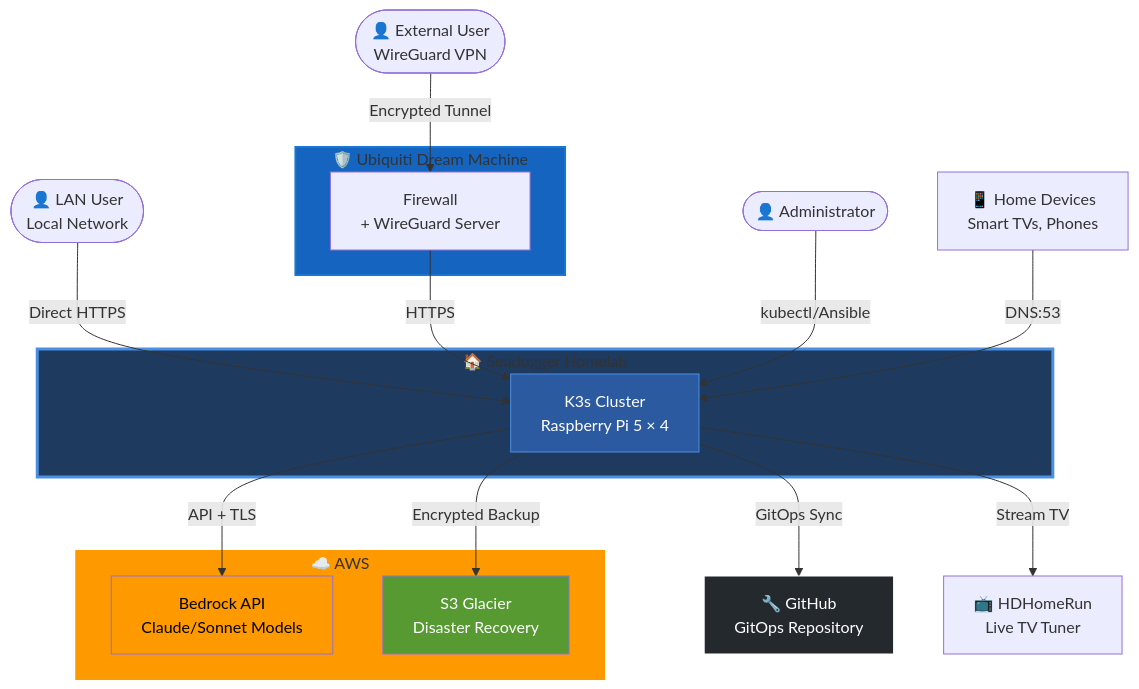
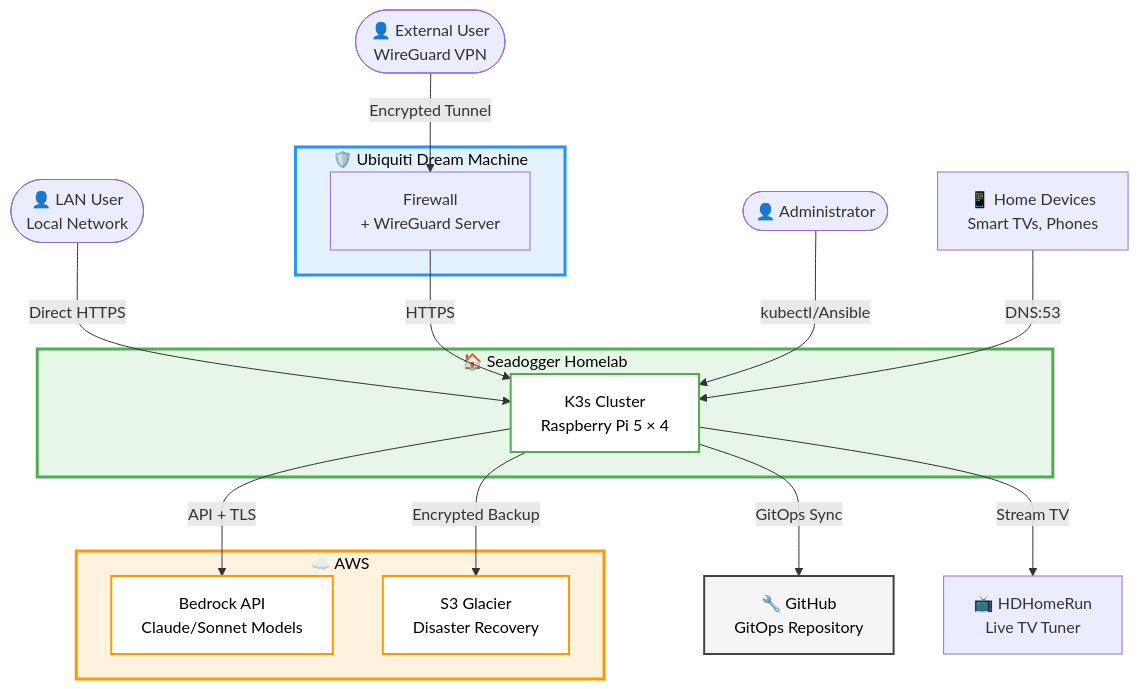
Before and after one commit to seadogger-tech/seadogger-homelab: the first of 6 diagrams in docs/wiki/02-Architecture.md, drawn with Mermaid. The commit also changed other lines of this file and 1 other file, not shown here.

First line of the commit message:
Update all Mermaid diagram colors for light/dark mode compatibility

````diff
--- a/docs/wiki/02-Architecture.md
+++ b/docs/wiki/02-Architecture.md
@@ -18,42 +18,42 @@
 ```mermaid
 graph TB
     LAN_User([👤 LAN User<br/>Local Network])
     VPN_User([👤 External User<br/>WireGuard VPN])
     Admin([👤 Administrator])
 
     subgraph UDM["🛡️ Ubiquiti Dream Machine"]
         Firewall[Firewall<br/>+ WireGuard Server]
     end
 
     subgraph Homelab["🏠 Seadogger Homelab"]
         K3s[K3s Cluster<br/>Raspberry Pi 5 × 4]
     end
 
     subgraph AWS_Cloud["☁️ AWS"]
         Bedrock[Bedrock API<br/>Claude/Sonnet Models]
         S3[S3 Glacier<br/>Disaster Recovery]
     end
 
     GitHub[🔧 GitHub<br/>GitOps Repository]
     HDHomeRun[📺 HDHomeRun<br/>Live TV Tuner]
     Devices[📱 Home Devices<br/>Smart TVs, Phones]
 
     LAN_User -->|Direct HTTPS| K3s
     VPN_User -->|Encrypted Tunnel| Firewall
     Firewall -->|HTTPS| K3s
     Admin -->|kubectl/Ansible| K3s
 
     K3s -->|API + TLS| Bedrock
     K3s -->|GitOps Sync| GitHub
     K3s -->|Encrypted Backup| S3
     K3s -->|Stream TV| HDHomeRun
     Devices -->|DNS:53| K3s
 
-    style UDM fill:#1565c0,stroke:#1976d2,stroke-width:2px
-    style Homelab fill:#1e3a5f,stroke:#4a90e2,stroke-width:3px
-    style K3s fill:#2c5aa0,stroke:#4a90e2,color:#fff
-    style AWS_Cloud fill:#ff9900,stroke:#ff9900,stroke-width:2px
-    style Bedrock fill:#ff9900,color:#000
-    style S3 fill:#569a31,color:#fff
-    style GitHub fill:#24292e,stroke:#ffffff,color:#fff
+    style UDM fill:#e3f2fd,stroke:#2196f3,stroke-width:3px,color:#000
+    style Homelab fill:#e8f5e9,stroke:#4caf50,stroke-width:3px,color:#000
+    style K3s fill:#fff,stroke:#4caf50,stroke-width:2px,color:#000
+    style AWS_Cloud fill:#fff3e0,stroke:#ff9800,stroke-width:3px,color:#000
+    style Bedrock fill:#fff,stroke:#ff9800,stroke-width:2px,color:#000
+    style S3 fill:#fff,stroke:#ff9800,stroke-width:2px,color:#000
+    style GitHub fill:#f5f5f5,stroke:#424242,stroke-width:2px,color:#000
 ```
````
